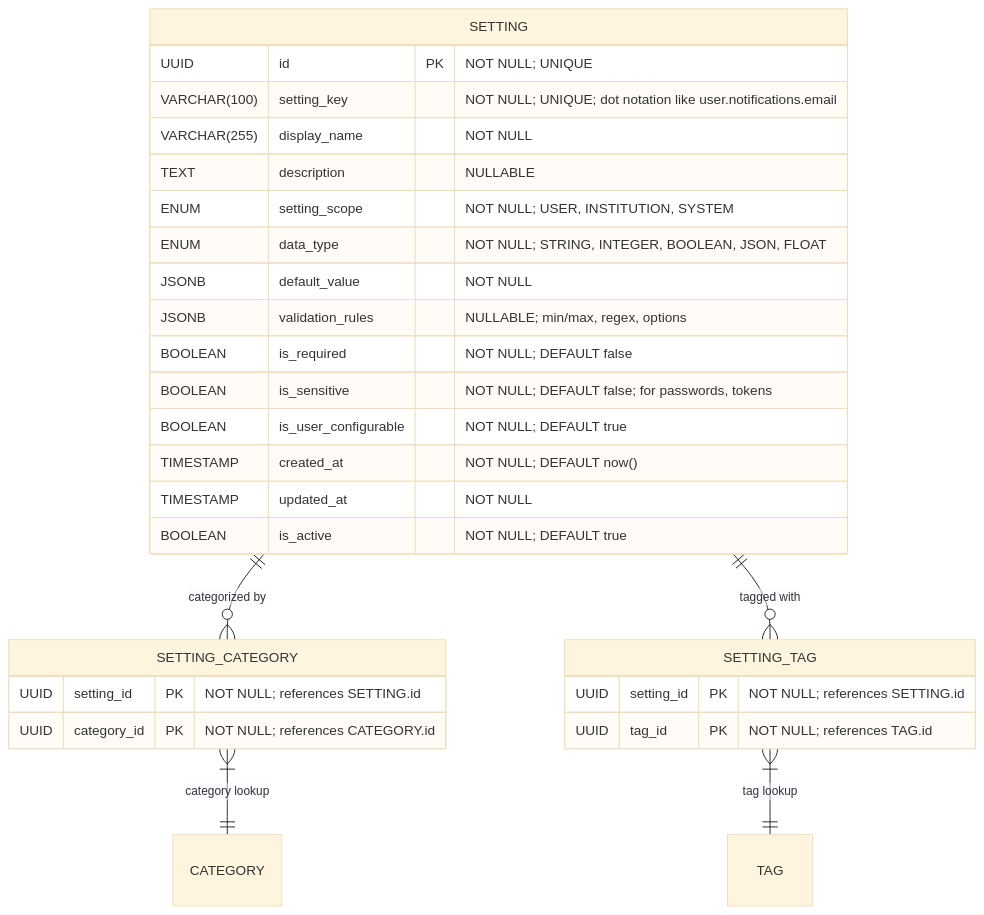
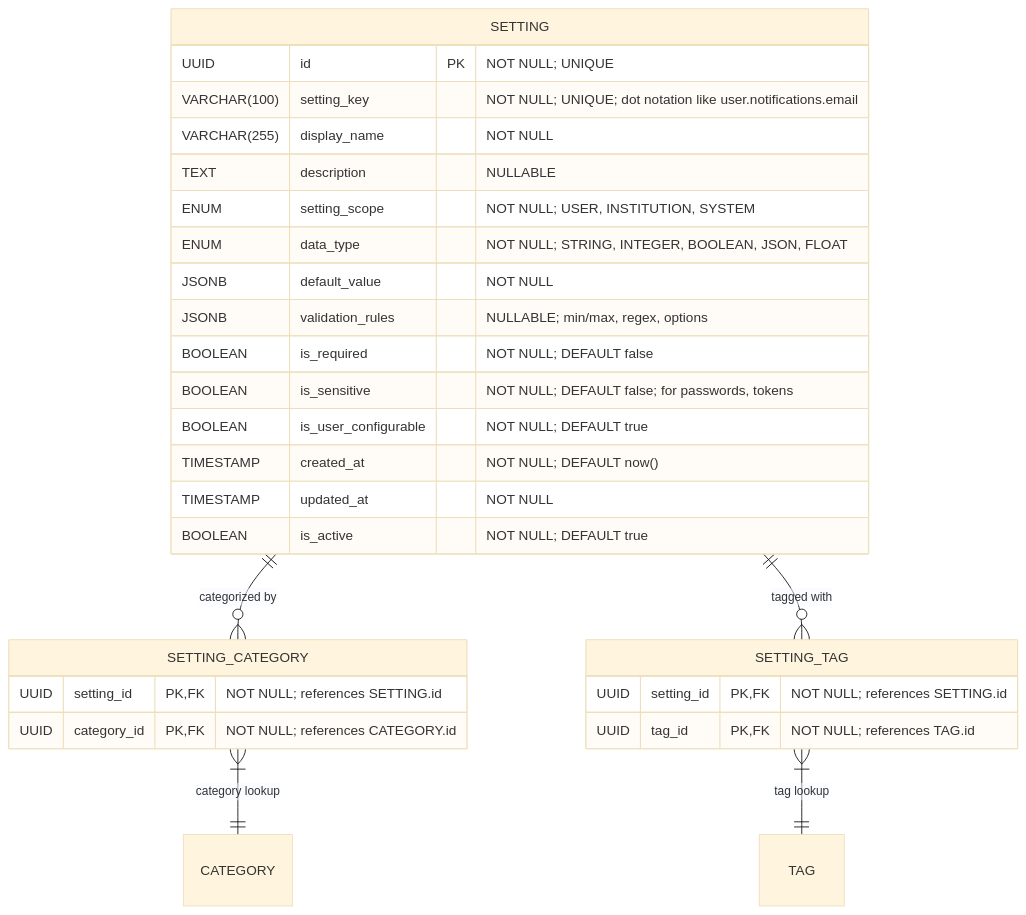
One commit to Dratharias/Motriforge changed the diagram in docs/settings/core_settings_definition_classification.md. Above: the diagram before and after it, drawn with Mermaid (base theme). The commit also changed 20 other files, not shown here.

````diff
--- a/docs/settings/core_settings_definition_classification.md
+++ b/docs/settings/core_settings_definition_classification.md
@@ -8,38 +8,38 @@
 ```mermaid
 erDiagram
   %%=== Layer 1: Core Settings & Classification ===%%
 
   SETTING {
     UUID id PK                         "NOT NULL; UNIQUE"
     VARCHAR(100) setting_key           "NOT NULL; UNIQUE; dot notation like user.notifications.email"
     VARCHAR(255) display_name          "NOT NULL"
     TEXT description                   "NULLABLE"
     ENUM setting_scope                 "NOT NULL; USER, INSTITUTION, SYSTEM"
     ENUM data_type                     "NOT NULL; STRING, INTEGER, BOOLEAN, JSON, FLOAT"
     JSONB default_value                "NOT NULL"
     JSONB validation_rules             "NULLABLE; min/max, regex, options"
     BOOLEAN is_required                "NOT NULL; DEFAULT false"
     BOOLEAN is_sensitive               "NOT NULL; DEFAULT false; for passwords, tokens"
     BOOLEAN is_user_configurable       "NOT NULL; DEFAULT true"
     TIMESTAMP created_at               "NOT NULL; DEFAULT now()"
     TIMESTAMP updated_at               "NOT NULL"
     BOOLEAN is_active                  "NOT NULL; DEFAULT true"
   }
 
   SETTING_CATEGORY {
-    UUID setting_id PK                 "NOT NULL; references SETTING.id"
-    UUID category_id PK                "NOT NULL; references CATEGORY.id"
+    UUID setting_id PK,FK                 "NOT NULL; references SETTING.id"
+    UUID category_id PK,FK                "NOT NULL; references CATEGORY.id"
   }
 
   SETTING_TAG {
-    UUID setting_id PK                 "NOT NULL; references SETTING.id"
-    UUID tag_id PK                     "NOT NULL; references TAG.id"
+    UUID setting_id PK,FK                 "NOT NULL; references SETTING.id"
+    UUID tag_id PK,FK                     "NOT NULL; references TAG.id"
   }
 
   %%— Relationships in Layer 1 —
   SETTING ||--o{ SETTING_CATEGORY     : "categorized by"
   SETTING ||--o{ SETTING_TAG          : "tagged with"
   SETTING_CATEGORY }|--|| CATEGORY    : "category lookup"
   SETTING_TAG }|--|| TAG              : "tag lookup"
 
 ```
````
